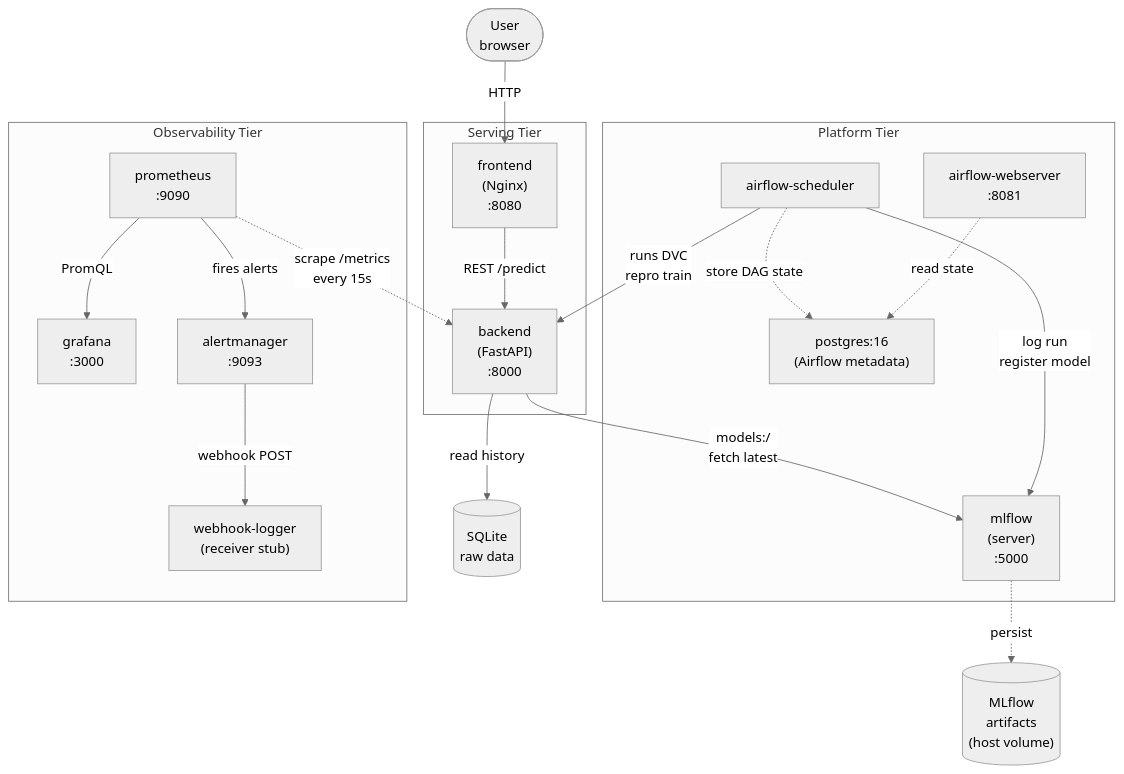
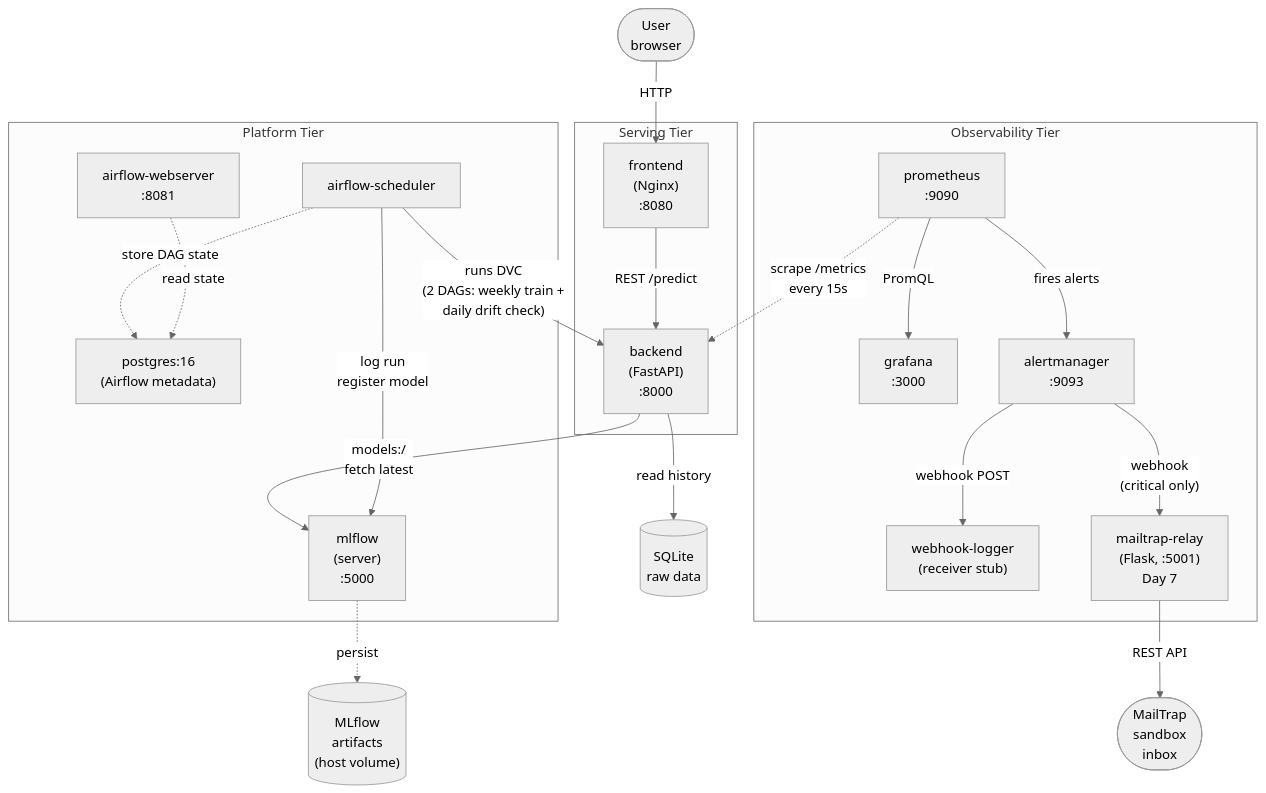
One commit to muhammed786fiyas/mlops_end_to_end_project changed the second of 3 diagrams in docs/hld/HLD.md. Above: the diagram before and after it, drawn with Mermaid. The commit also changed 18 other files, not shown here.

````diff
--- a/docs/hld/HLD.md
+++ b/docs/hld/HLD.md
@@ -103,42 +103,46 @@
 ```mermaid
 %%{init: {'theme':'neutral'}}%%
 flowchart TB
     subgraph serving["Serving Tier"]
         frontend["frontend<br/>(Nginx)<br/>:8080"]
         backend["backend<br/>(FastAPI)<br/>:8000"]
     end
 
     subgraph platform["Platform Tier"]
         mlflow["mlflow<br/>(server)<br/>:5000"]
         scheduler["airflow-scheduler"]
         webserver["airflow-webserver<br/>:8081"]
         postgres["postgres:16<br/>(Airflow metadata)"]
     end
 
     subgraph observability["Observability Tier"]
         prom["prometheus<br/>:9090"]
         grafana["grafana<br/>:3000"]
         am["alertmanager<br/>:9093"]
         whlog["webhook-logger<br/>(receiver stub)"]
+        mailtrap["mailtrap-relay<br/>(Flask, :5001)<br/>Day 7"]
     end
 
     user(["User<br/>browser"])
     sqlite[("SQLite<br/>raw data")]
     artifacts[("MLflow<br/>artifacts<br/>(host volume)")]
+    email(["MailTrap<br/>sandbox<br/>inbox"])
 
     user -->|HTTP| frontend
     frontend -->|"REST /predict"| backend
     backend -->|"models:/<br/>fetch latest"| mlflow
     backend -->|read history| sqlite
     prom -.->|"scrape /metrics<br/>every 15s"| backend
 
-    scheduler -->|"runs DVC<br/>repro train"| backend
+    scheduler -->|"runs DVC<br/>(2 DAGs: weekly train +<br/>daily drift check)"| backend
     scheduler -.->|store DAG state| postgres
     webserver -.->|read state| postgres
     scheduler -->|"log run<br/>register model"| mlflow
     mlflow -.->|persist| artifacts
 
     prom -->|fires alerts| am
     am -->|webhook POST| whlog
+    am -->|"webhook<br/>(critical only)"| mailtrap
+    mailtrap -->|REST API| email
     prom -->|PromQL| grafana
 ```
````
